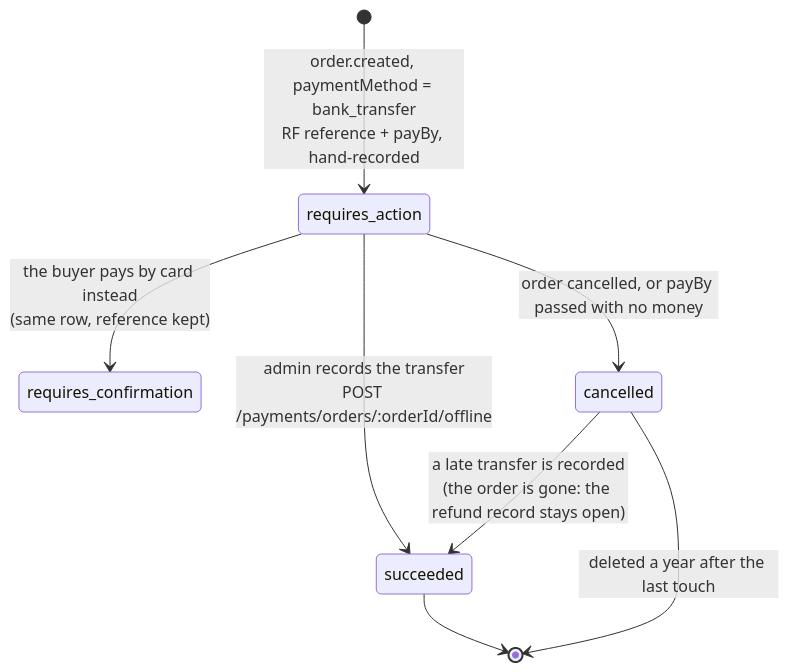
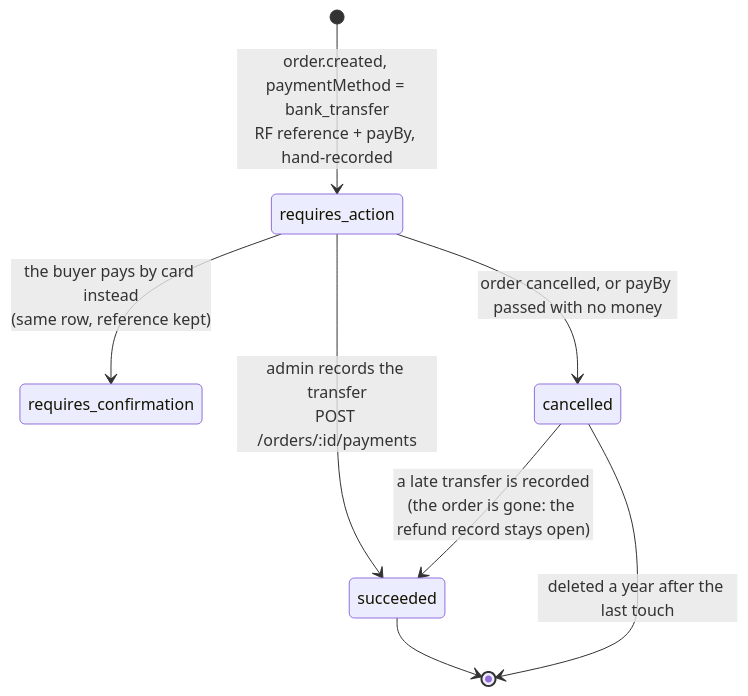
The eighth of 12 diagrams in docs/modules/payments.md (Guebbit/boilerplate-node-backend), drawn with Mermaid before and after one commit. The commit also changed other lines of this file and 16 other files, not shown here.

First line of the commit message:
feat(payments)!: record an order's payment at POST /orders/{id}/payments

````diff
--- a/docs/modules/payments.md
+++ b/docs/modules/payments.md
@@ -457,10 +457,10 @@
 ```mermaid
 stateDiagram-v2
     [*] --> requires_action: order.created, paymentMethod = bank_transfer<br/>RF reference + payBy, hand-recorded
-    requires_action --> succeeded: admin records the transfer<br/>POST /payments/orders/:orderId/offline
+    requires_action --> succeeded: admin records the transfer<br/>POST /orders/:id/payments
     requires_action --> requires_confirmation: the buyer pays by card instead<br/>(same row, reference kept)
     requires_action --> cancelled: order cancelled, or payBy passed with no money
     cancelled --> succeeded: a late transfer is recorded<br/>(the order is gone: the refund record stays open)
     succeeded --> [*]
     cancelled --> [*]: deleted a year after the last touch
 ```
````
